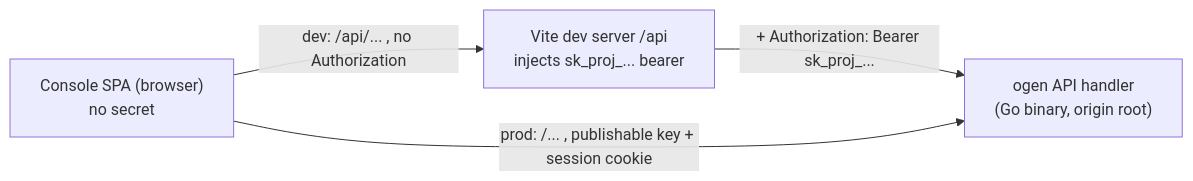
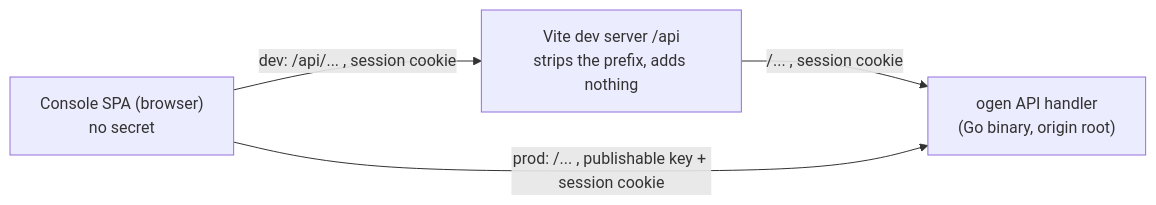
The diagram in apps/console/docs/adrs/0002-console-api-access.md (zitadel/nextgen), drawn with Mermaid before and after one commit. The commit also changed other lines of this file and 2 other files, not shown here.

First line of the commit message:
docs(console): reconcile ADR 0002/0003 and the e2e README with the secret-free proxy

````diff
--- a/apps/console/docs/adrs/0002-console-api-access.md
+++ b/apps/console/docs/adrs/0002-console-api-access.md
@@ -89,10 +90,10 @@
 ```mermaid
 flowchart LR
   browser["Console SPA (browser)\nno secret"]
-  proxy["Vite dev server /api\ninjects sk_proj_... bearer"]
+  proxy["Vite dev server /api\nstrips the prefix, adds nothing"]
   apiHandler["ogen API handler\n(Go binary, origin root)"]
 
-  browser -->|"dev: /api/... , no Authorization"| proxy
-  proxy -->|"+ Authorization: Bearer sk_proj_..."| apiHandler
+  browser -->|"dev: /api/... , session cookie"| proxy
+  proxy -->|"/... , session cookie"| apiHandler
   browser -->|"prod: /... , publishable key + session cookie"| apiHandler
 ```
````
